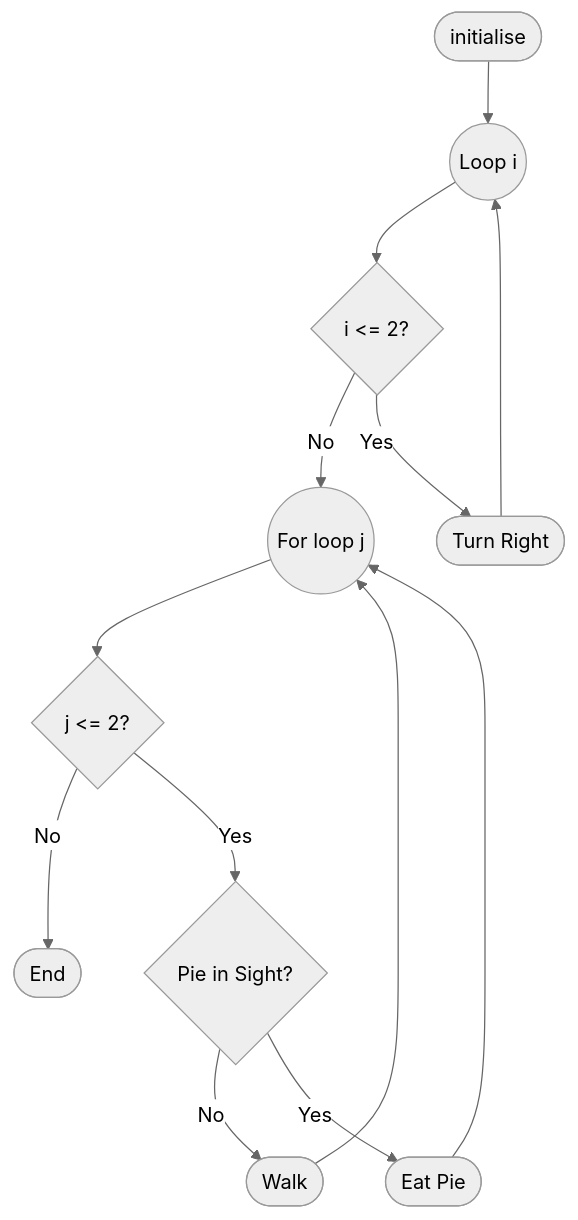
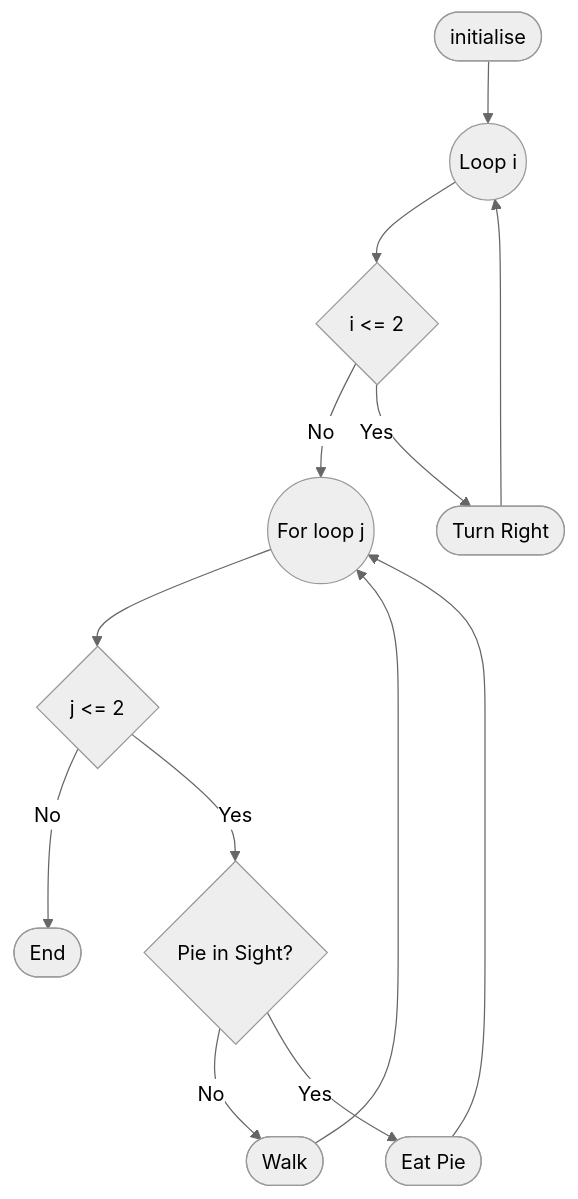
The diagram in exam-2022-software-testing-sodv06002.md (Justaz17/learn-software-testing), drawn with Mermaid (neutral theme) before and after one commit. The commit also changed other lines of this file, not shown here.

````diff
--- a/exam-2022-software-testing-sodv06002.md
+++ b/exam-2022-software-testing-sodv06002.md
@@ -103,26 +103,26 @@
 ```mermaid
 flowchart TD;
     initialise([initialise])
     Loop1((Loop i))
-    If1{"i <= 2?"}
+    If1{"i <= 2"}
     codeTurn([Turn Right])
     Loop2((For loop j))
-    If2{"j <= 2?"}
+    If2{"j <= 2"}
     codePieCheck{Pie in Sight?}
     codeEatPie([Eat Pie])
     codeWalk([Walk])
     endCode([End])
     
     initialise --> Loop1
     Loop1 --> If1
     If1 -- No --> Loop2
     If1 -- Yes --> codeTurn
     codeTurn --> Loop1
     Loop2 --> If2
     If2 -- No --> endCode
     If2 -- Yes --> codePieCheck
     codePieCheck -- No --> codeWalk
     codePieCheck -- Yes --> codeEatPie
     codeEatPie --> Loop2
     codeWalk --> Loop2
 ```
````
